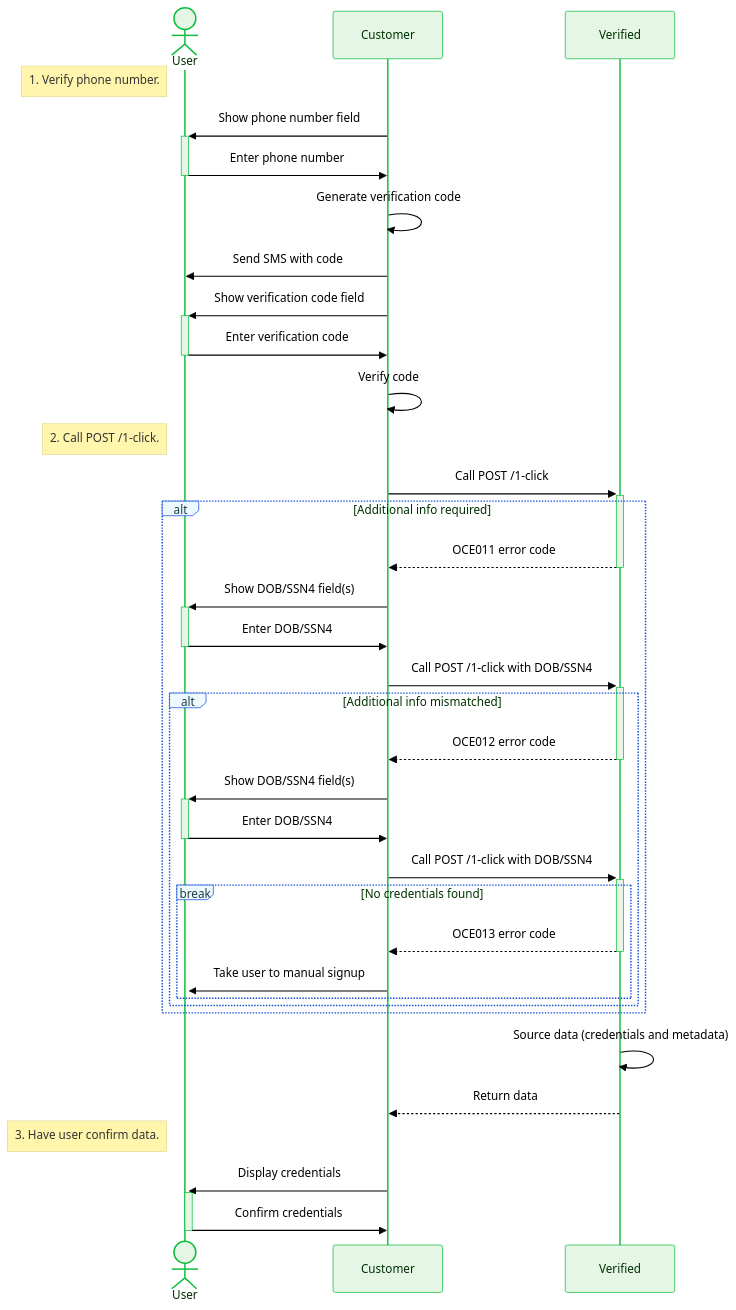
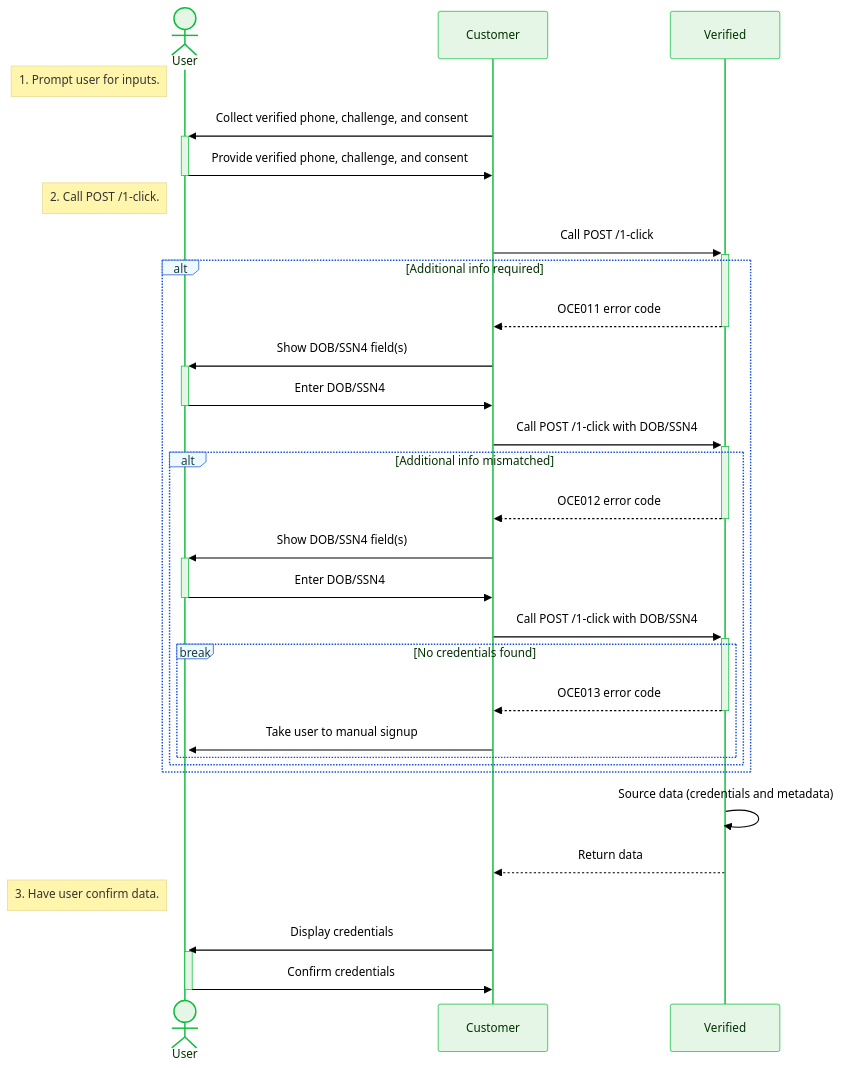
One commit to VerifiedInc/VerifiedInc.github.io changed the diagram in versioned_docs/version-2.1/reusables/sequence-diagram-1-click-signup-api.mdx. Above: the diagram before and after it, drawn with Mermaid. The commit also changed 70 other files, not shown here.

````diff
--- a/versioned_docs/version-2.1/reusables/sequence-diagram-1-click-signup-api.mdx
+++ b/versioned_docs/version-2.1/reusables/sequence-diagram-1-click-signup-api.mdx
@@ -1,59 +1,54 @@
 ```mermaid
 %%{
     init: {
     'theme': 'base',
     'themeVariables': {
         'primaryColor': '#e6f6e6',
         'primaryTextColor': '#003100',
         'primaryBorderColor': '#0dbc3d',
         'secondaryColor': '#eef9fd',
         'secondaryTextColor': '#193c47',
         'secondaryBorderColor': '#164fd6',
         'activationBkgColor': '#e6f6e6',
         'activationBorderColor': '#0dbc3d',
         'labelBoxBkgColor': '#eef9fd',
         'labelBoxBorderColor': '#164fd6',
         'labelTextColor': '#193c47',
         'edgeLabelBackground': '#ffffff',
         'textColor': '#000000',
         'fontFamily': 'Lato'
     }
 }
 }%%
 sequenceDiagram
     actor U as User
     participant C as Customer
     participant V as Verified
 
-    Note left of U: 1. Verify phone number.
-    C ->>+ U: Show phone number field
-    U ->>- C: Enter phone number
-    C ->> C: Generate verification code
-    C ->> U: Send SMS with code
-    C ->>+ U: Show verification code field
-    U ->>- C: Enter verification code
-    C ->> C: Verify code
+    Note left of U: 1. Prompt user for inputs.
+    C ->>+ U: Collect verified phone, challenge, and consent
+    U ->>- C: Provide verified phone, challenge, and consent
     Note left of U: 2. Call POST /1-click.
     C ->>+ V: Call POST /1-click
     alt Additional info required
         V -->>- C: OCE011 error code
         C ->>+ U: Show DOB/SSN4 field(s)
         U ->>- C: Enter DOB/SSN4
         C ->>+ V: Call POST /1-click with DOB/SSN4
         alt Additional info mismatched
             V -->>- C: OCE012 error code
             C ->>+ U: Show DOB/SSN4 field(s)
             U ->>- C: Enter DOB/SSN4
             C ->>+ V: Call POST /1-click with DOB/SSN4
             break No credentials found
                 V -->>- C: OCE013 error code
                 C ->>+ U: Take user to manual signup
             end
         end
     end
     V ->> V: Source data (credentials and metadata)
     V -->> C: Return data
     Note left of U: 3. Have user confirm data.
     C ->>+ U: Display credentials
     U ->>- C: Confirm credentials
 ```
````
